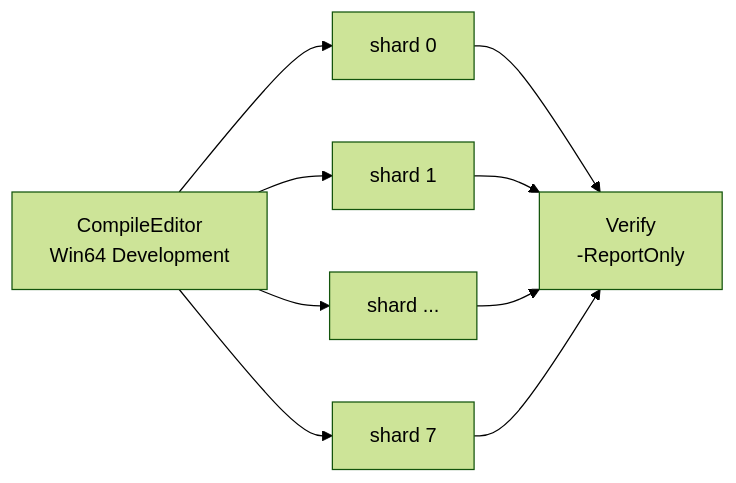
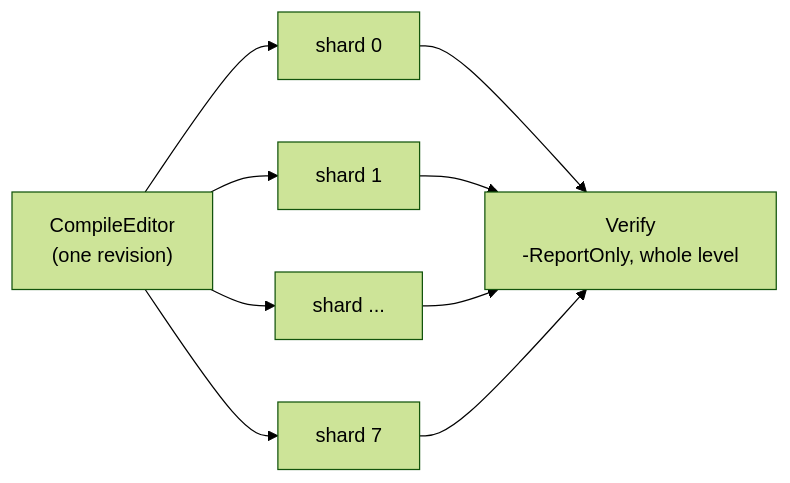
The third of 3 diagrams in ReferenceDocs/DevelopmentPlan-ParallelWorldPartitionRuleBuilder.md (ArnaudStorq/sundance-maintenance-validation), drawn with Mermaid (forest theme) before and after one commit. The commit also changed other lines of this file, not shown here.

Commit message:
Rewrite parallel rule builder plan: shard explainer, why-faster, local testing, TeamCity deploy, diagrams

````diff
--- a/ReferenceDocs/DevelopmentPlan-ParallelWorldPartitionRuleBuilder.md
+++ b/ReferenceDocs/DevelopmentPlan-ParallelWorldPartitionRuleBuilder.md
@@ -230,11 +183,11 @@
 ```mermaid
 graph LR
-    C[CompileEditor<br/>Win64 Development] --> S0[shard 0]
-    C --> S1[shard 1]
-    C --> S2[shard ...]
-    C --> S7[shard 7]
-    S0 --> V[Verify<br/>-ReportOnly]
+    C["CompileEditor<br/>(one revision)"] --> S0["shard 0"]
+    C --> S1["shard 1"]
+    C --> Sd["shard ..."]
+    C --> S7["shard 7"]
+    S0 --> V["Verify<br/>-ReportOnly, whole level"]
     S1 --> V
-    S2 --> V
+    Sd --> V
     S7 --> V
 ```
````
